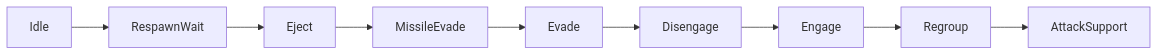
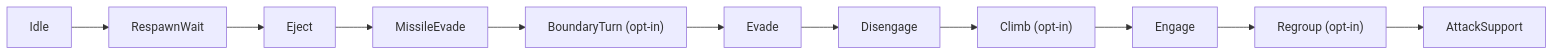
One commit to mhouse1/wingman changed the third of 7 diagrams in docs/architecture.md. Above: the diagram before and after it, drawn with Mermaid. The commit also changed other lines of this file and 9 other files, not shown here.

````diff
--- a/docs/architecture.md
+++ b/docs/architecture.md
@@ -198,11 +245,13 @@
 ```mermaid
 flowchart LR
     A[Idle] --> B[RespawnWait]
     B --> C[Eject]
     C --> D[MissileEvade]
-    D --> E[Evade]
+    D --> BT["BoundaryTurn (opt-in)"]
+    BT --> E[Evade]
     E --> F[Disengage]
-    F --> G[Engage]
-    G --> R[Regroup]
+    F --> CL["Climb (opt-in)"]
+    CL --> G[Engage]
+    G --> R["Regroup (opt-in)"]
     R --> H[AttackSupport]
 ```
````
